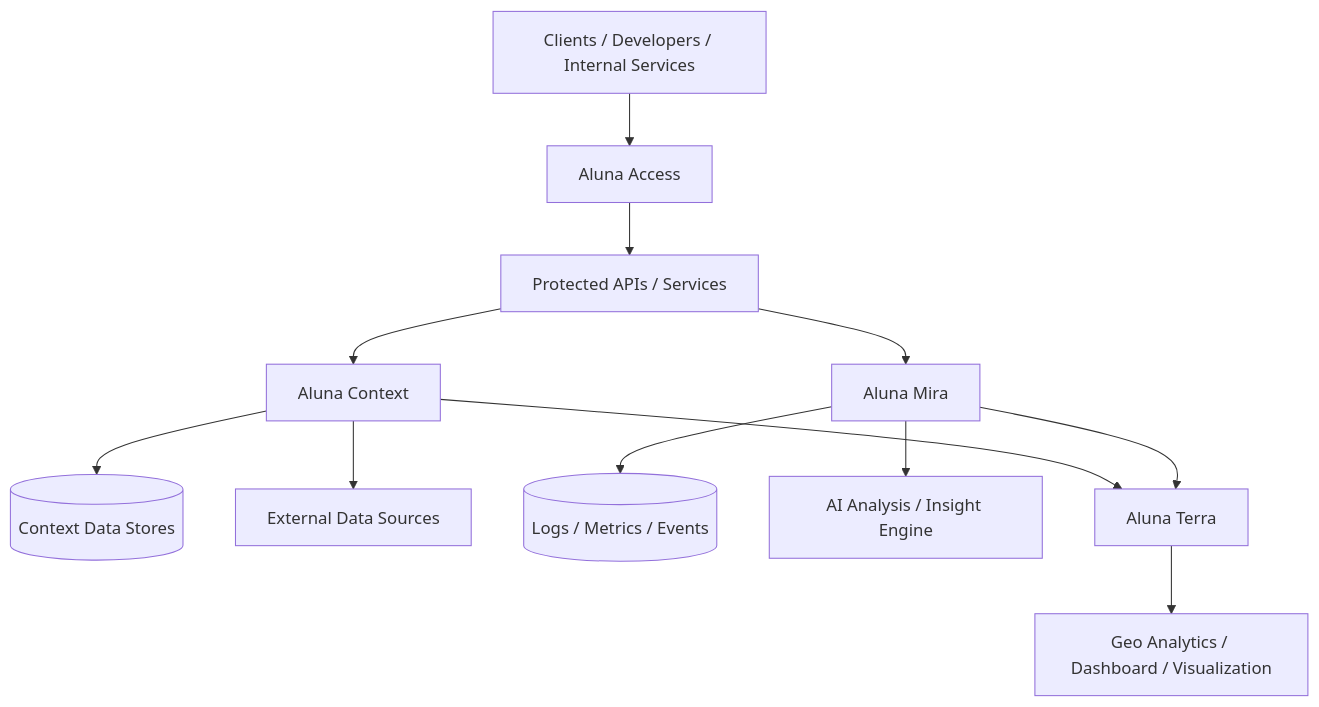
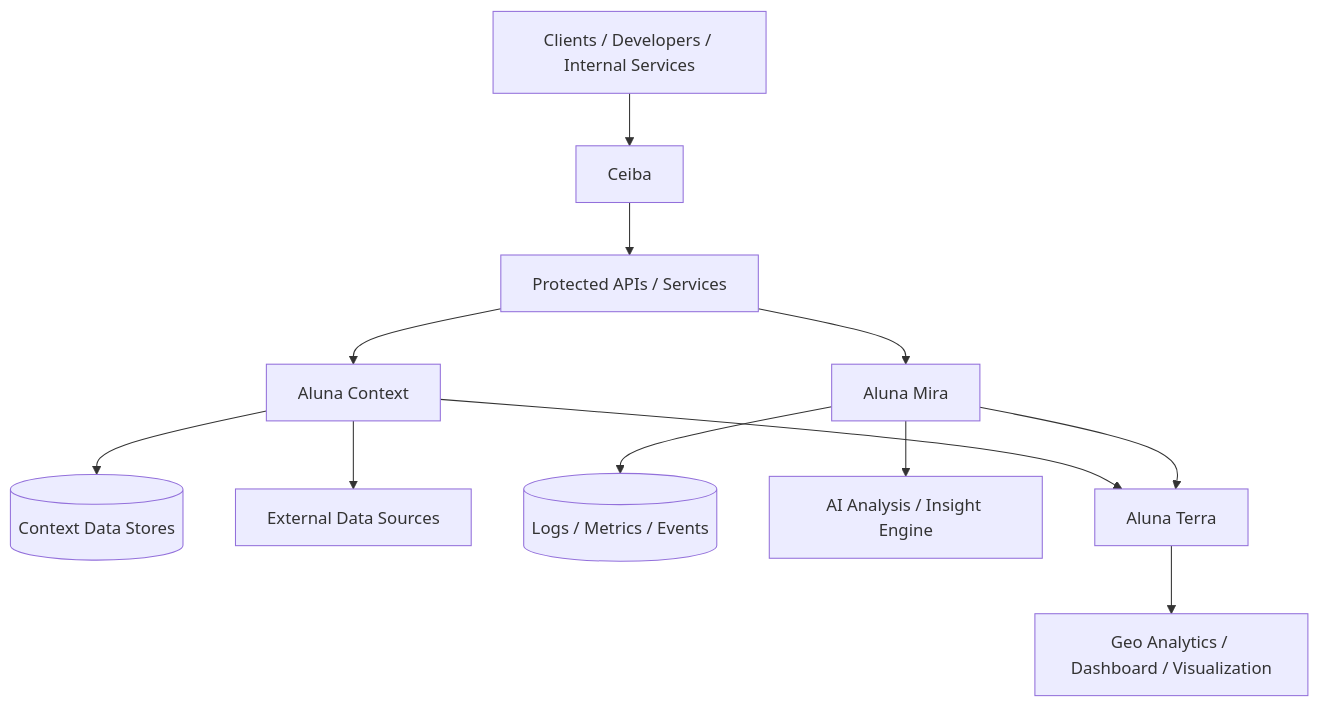
The diagram in docs/aluna-platform/diagrams/02-platform-layering.md (davidpal3c/mu-platform_homelab), drawn with Mermaid before and after one commit. The commit also changed 21 other files, not shown here.

````diff
--- a/docs/aluna-platform/diagrams/02-platform-layering.md
+++ b/docs/aluna-platform/diagrams/02-platform-layering.md
@@ -3,19 +3,19 @@
 ```mermaid
 flowchart TB
     U["Clients / Developers / Internal Services"]
 
-    U --> G["Aluna Access"]
+    U --> G["Ceiba"]
     G --> X["Protected APIs / Services"]
 
     X --> C["Aluna Context"]
     C --> DS[("Context Data Stores")]
     C --> EX["External Data Sources"]
 
     X --> M["Aluna Mira"]
     M --> OBS[("Logs / Metrics / Events")]
     M --> AI["AI Analysis / Insight Engine"]
 
     C --> T["Aluna Terra"]
     M --> T
     T --> UI["Geo Analytics / Dashboard / Visualization"]
 ```
````
